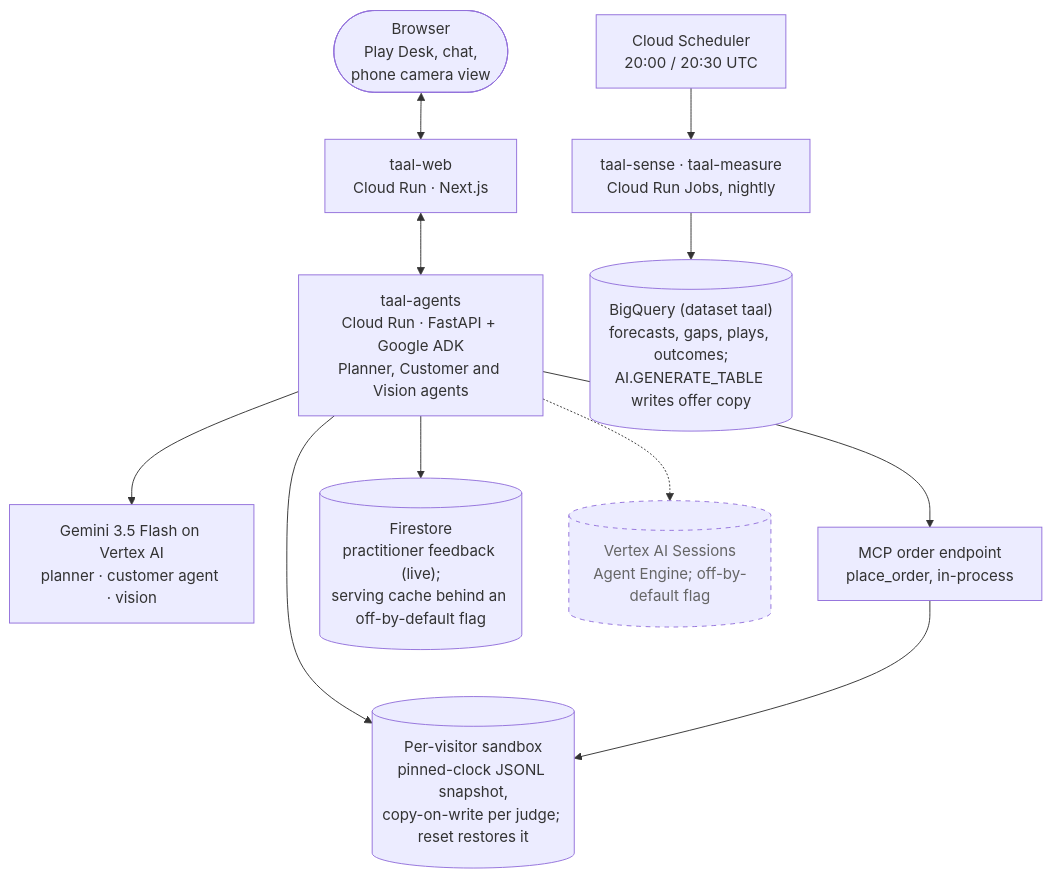
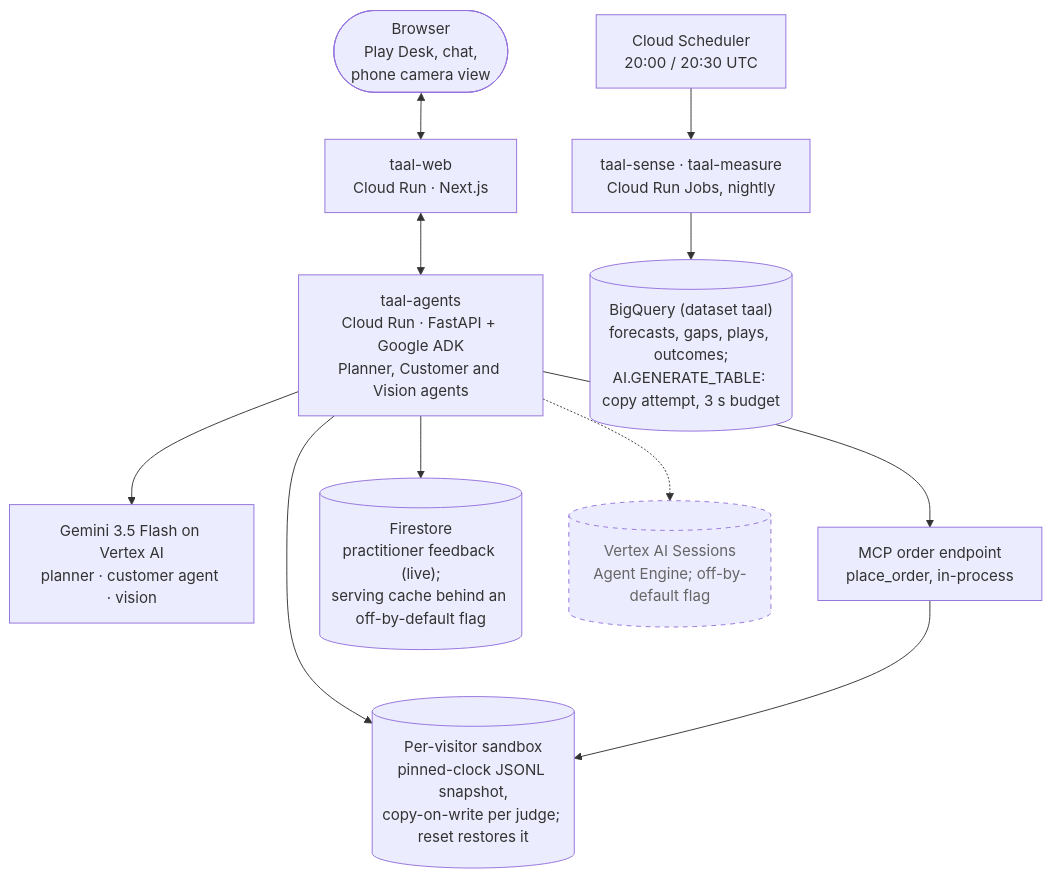
One commit to Nandish3010/probable-fortnight changed the diagram in docs/architecture.md. Above: the diagram before and after it, drawn with Mermaid. The commit also changed other lines of this file and 10 other files, not shown here.

First line of the commit message:
Docs: approve attempts BigQuery copy and usually falls back to templates

````diff
--- a/docs/architecture.md
+++ b/docs/architecture.md
@@ -8,26 +8,26 @@
 ```mermaid
 flowchart TB
   Browser(["Browser<br/>Play Desk, chat,<br/>phone camera view"])
   Web["taal-web<br/>Cloud Run · Next.js"]
   Agents["taal-agents<br/>Cloud Run · FastAPI + Google ADK<br/>Planner, Customer and Vision agents"]
   Gemini["Gemini 3.5 Flash on Vertex AI<br/>planner · customer agent · vision"]
   MCP["MCP order endpoint<br/>place_order, in-process"]
   Sandbox[("Per-visitor sandbox<br/>pinned-clock JSONL snapshot,<br/>copy-on-write per judge; reset restores it")]
   Firestore[("Firestore<br/>practitioner feedback (live);<br/>serving cache behind an off-by-default flag")]
   Sessions[("Vertex AI Sessions<br/>Agent Engine; off-by-default flag")]
   Sched["Cloud Scheduler<br/>20:00 / 20:30 UTC"]
   Jobs["taal-sense · taal-measure<br/>Cloud Run Jobs, nightly"]
-  BQ[("BigQuery (dataset taal)<br/>forecasts, gaps, plays, outcomes;<br/>AI.GENERATE_TABLE writes offer copy")]
+  BQ[("BigQuery (dataset taal)<br/>forecasts, gaps, plays, outcomes;<br/>AI.GENERATE_TABLE: copy attempt, 3 s budget")]
 
   Browser <--> Web
   Web <--> Agents
   Agents --> Gemini
   Agents --> Sandbox
   Agents --> MCP --> Sandbox
   Agents --> Firestore
   Agents -.-> Sessions
   Sched --> Jobs --> BQ
 
   classDef off stroke-dasharray: 5 5,color:#666
   class Sessions off
 ```
````
